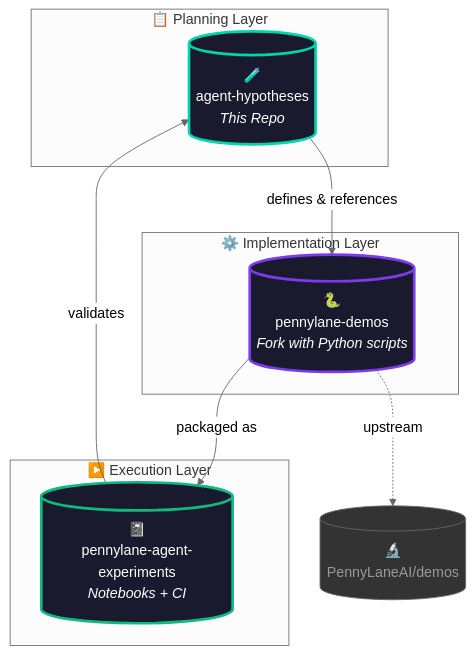
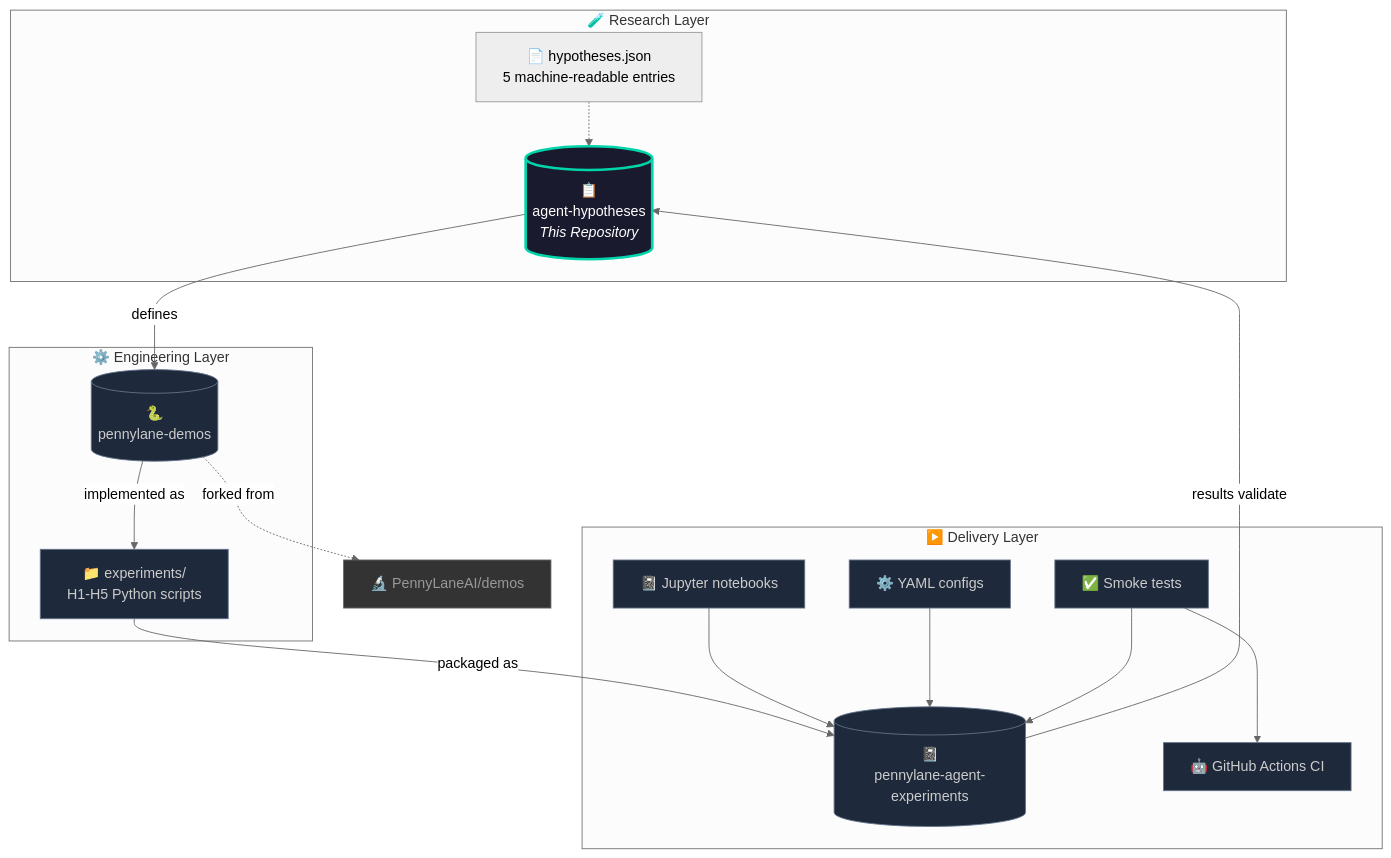
One commit to NullLabTests/pennylane-agent-hypotheses changed the first of 4 diagrams in README.md. Above: the diagram before and after it, drawn with Mermaid (neutral theme). The commit also changed other lines of this file, not shown here.

Commit message:
Polish README: detailed hypothesis catalog with attributes per H1-H5, experiment pipeline flow, how-to-read guide, references table

````diff
--- a/README.md
+++ b/README.md
@@ -36,20 +41,40 @@
 ```mermaid
 graph TB
-    subgraph Planning["📋 Planning Layer"]
-        H[("🧪<br/>agent-hypotheses<br/><i>This Repo</i>")]
+    classDef north fill:#1a1a2e,stroke:#00d4aa,stroke-width:3,color:#fff
+    classDef impl fill:#1a1a2e,stroke:#7C3AED,stroke-width:3,color:#fff
+    classDef exec fill:#1a1a2e,stroke:#10B981,stroke-width:3,color:#fff
+    classDef upstream fill:#333,stroke:#666,stroke-width:1,color:#999
+    classDef flow fill:#1e293b,stroke:#64748b,color:#ccc
+
+    subgraph Research["🧪 Research Layer"]
+        H[("📋<br/>agent-hypotheses<br/><i>This Repository</i>")]
+        J["📄 hypotheses.json<br/>5 machine-readable entries"]
     end
-    subgraph Implementation["⚙️ Implementation Layer"]
-        D[("🐍<br/>pennylane-demos<br/><i>Fork with Python scripts</i>")]
+    subgraph Engineering["⚙️ Engineering Layer"]
+        D[("🐍<br/>pennylane-demos")]
+        S["📁 experiments/<br/>H1-H5 Python scripts"]
     end
-    subgraph Execution["▶️ Execution Layer"]
-        E[("📓<br/>pennylane-agent-experiments<br/><i>Notebooks + CI</i>")]
+    subgraph Delivery["▶️ Delivery Layer"]
+        E[("📓<br/>pennylane-agent-experiments")]
+        N["📓 Jupyter notebooks"]
+        Y["⚙️ YAML configs"]
+        T["✅ Smoke tests"]
+        CI["🤖 GitHub Actions CI"]
     end
-    H -->|"defines & references"| D
-    D -->|"packaged as"| E
-    E -->|"validates"| H
-    D -.->|"upstream"| U[("🔬<br/>PennyLaneAI/demos")]
-    style H fill:#1a1a2e,stroke:#00d4aa,stroke-width:3,color:#fff
-    style D fill:#1a1a2e,stroke:#7C3AED,stroke-width:3,color:#fff
-    style E fill:#1a1a2e,stroke:#10B981,stroke-width:3,color:#fff
-    style U fill:#333,stroke:#666,stroke-width:1,color:#999
+
+    J -.-> H
+    H -->|"defines"| D
+    D -->|"implemented as"| S
+    S -->|"packaged as"| E
+    N --> E
+    Y --> E
+    T --> E
+    T --> CI
+    D -.->|"forked from"| U["🔬 PennyLaneAI/demos"]
+    E -->|"results validate"| H
+
+    class H north
+    class D,impl,S flow
+    class E,exec,N,Y,T,CI flow
+    class U upstream
 ```
````
